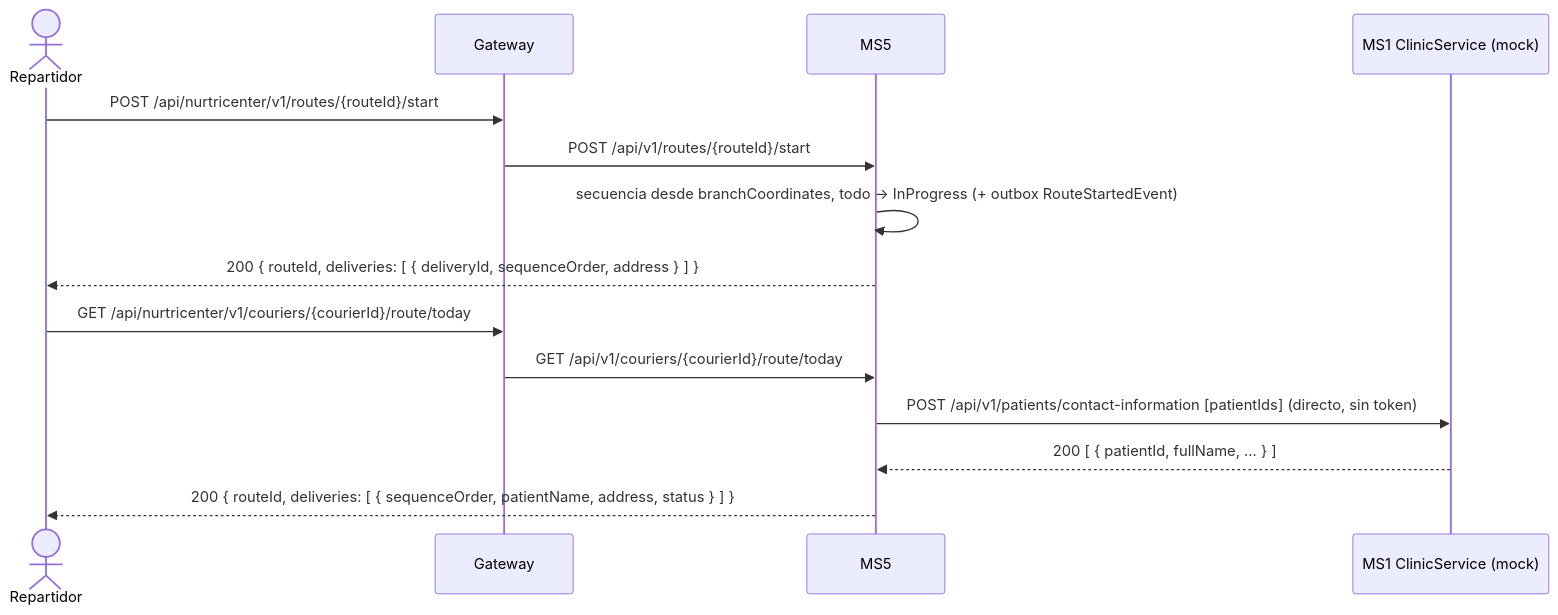
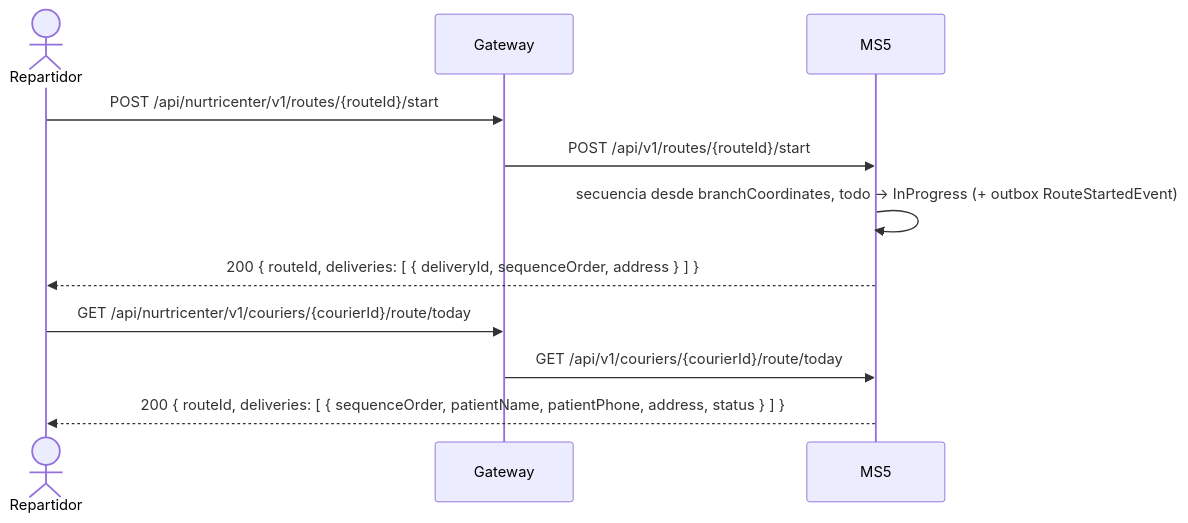
The second of 4 diagrams in services/ms5-logistics/flows.md (Nur-tricenter/knowledge), drawn with Mermaid before and after one commit. The commit also changed other lines of this file and 30 other files, not shown here.

````diff
--- a/services/ms5-logistics/flows.md
+++ b/services/ms5-logistics/flows.md
@@ -78,16 +75,13 @@
 ```mermaid
 sequenceDiagram
   actor R as Repartidor
   participant GW as Gateway
   participant MS5
-  participant CS as MS1 ClinicService (mock)
   R->>GW: POST /api/nurtricenter/v1/routes/{routeId}/start
   GW->>MS5: POST /api/v1/routes/{routeId}/start
   MS5->>MS5: secuencia desde branchCoordinates, todo → InProgress (+ outbox RouteStartedEvent)
   MS5-->>R: 200 { routeId, deliveries: [ { deliveryId, sequenceOrder, address } ] }
   R->>GW: GET /api/nurtricenter/v1/couriers/{courierId}/route/today
   GW->>MS5: GET /api/v1/couriers/{courierId}/route/today
-  MS5->>CS: POST /api/v1/patients/contact-information [patientIds] (directo, sin token)
-  CS-->>MS5: 200 [ { patientId, fullName, … } ]
-  MS5-->>R: 200 { routeId, deliveries: [ { sequenceOrder, patientName, address, status } ] }
+  MS5-->>R: 200 { routeId, deliveries: [ { sequenceOrder, patientName, patientPhone, address, status } ] }
 ```
````
